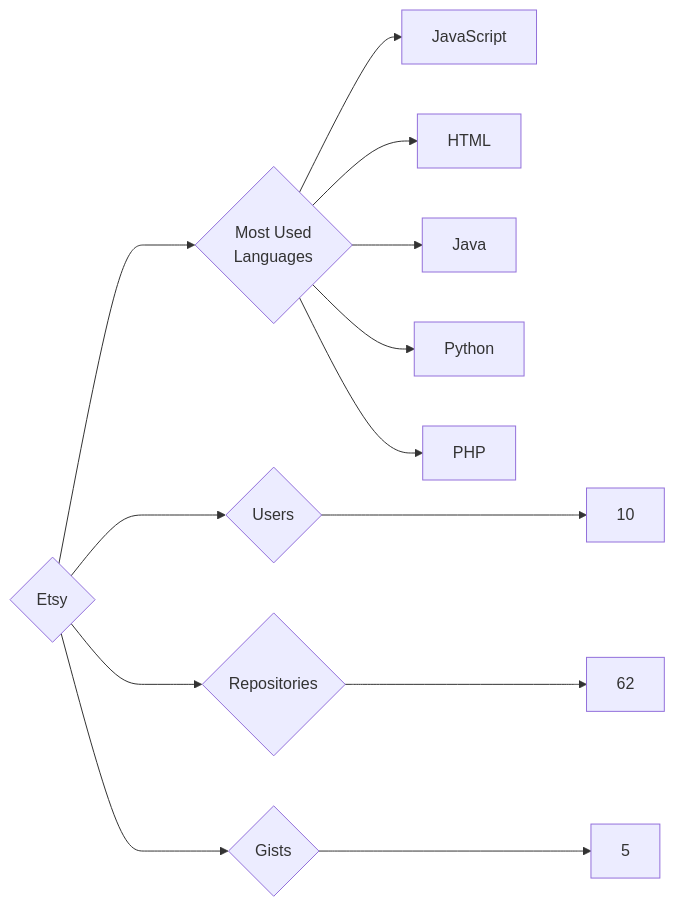
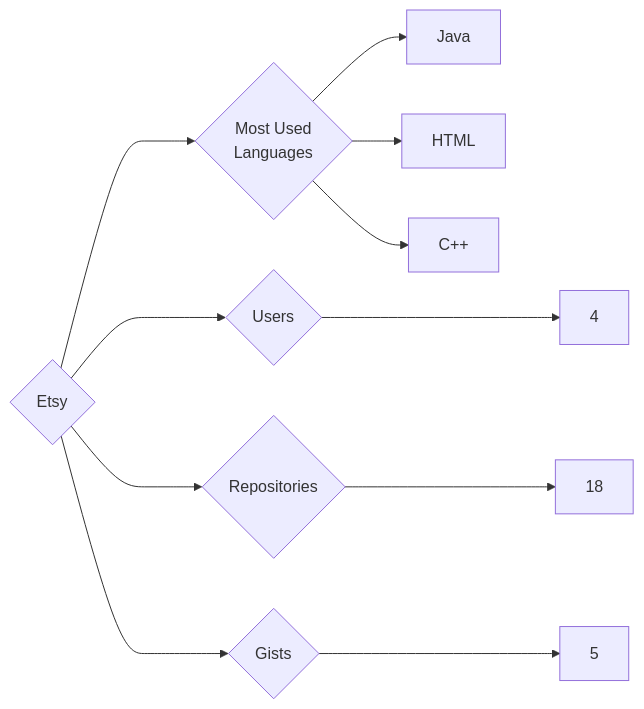
One commit to trickest/insiders changed the diagram in targets/Etsy/README.md. Above: the diagram before and after it, drawn with Mermaid. The commit also changed 1055 other files, not shown here.

````diff
--- a/targets/Etsy/README.md
+++ b/targets/Etsy/README.md
@@ -3,13 +3,11 @@
 ```mermaid
 graph LR
 COMPANY_NAME{Etsy}
-COMPANY_NAME ---> U{Users} ---> UN[10]
-COMPANY_NAME ---> R{Repositories} ---> RN[62]
+COMPANY_NAME ---> U{Users} ---> UN[4]
+COMPANY_NAME ---> R{Repositories} ---> RN[18]
 COMPANY_NAME ---> G{Gists} ---> GN[5]
 COMPANY_NAME ---> ML{Most Used<br>Languages}
-ML --> JavaScript[JavaScript]
+ML --> Java[Java]
 ML --> HTML[HTML]
-ML --> Java[Java]
-ML --> Python[Python]
-ML --> PHP[PHP]
+ML --> C++[C++]
 ```
````
